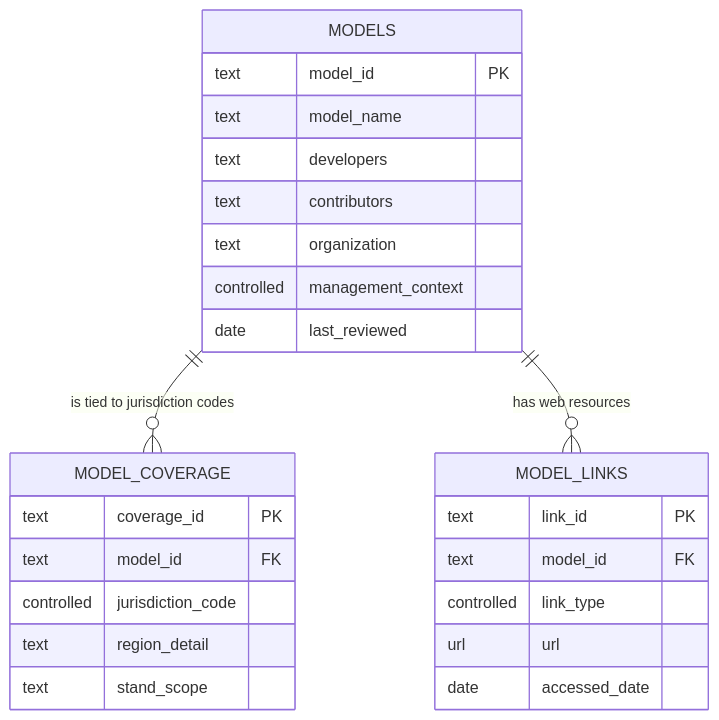
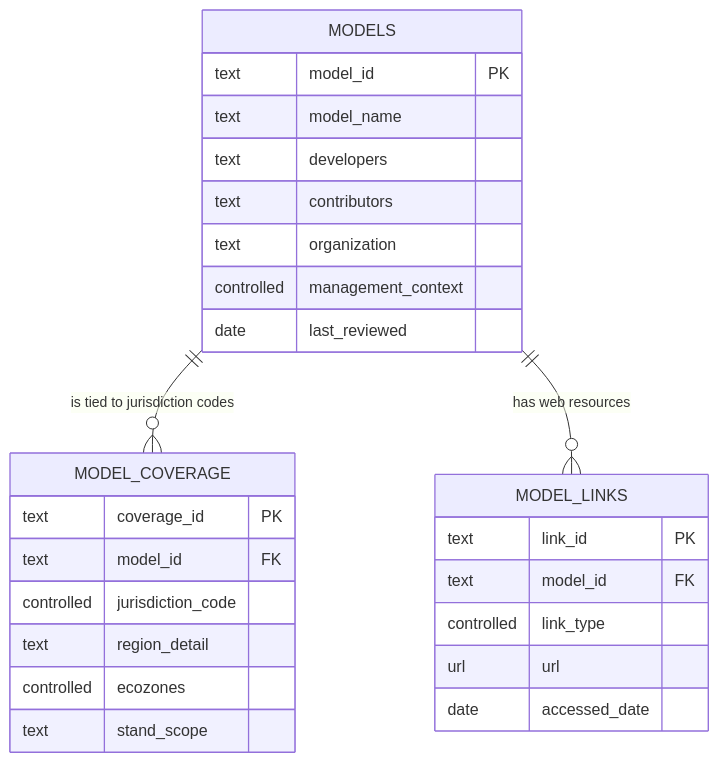
Before and after one commit to forest-carbon-tools-dfs/CanGrowthModels: the first of 2 diagrams in docs/pipeline-and-workflow.md, drawn with Mermaid. The commit also changed other lines of this file and 25 other files, not shown here.

````diff
--- a/docs/pipeline-and-workflow.md
+++ b/docs/pipeline-and-workflow.md
@@ -46,29 +47,30 @@
 ```mermaid
 erDiagram
     MODELS ||--o{ MODEL_COVERAGE : "is tied to jurisdiction codes"
     MODELS ||--o{ MODEL_LINKS : "has web resources"
 
     MODELS {
         text model_id PK
         text model_name
         text developers
         text contributors
         text organization
         controlled management_context
         date last_reviewed
     }
     MODEL_COVERAGE {
         text coverage_id PK
         text model_id FK
         controlled jurisdiction_code
         text region_detail
+        controlled ecozones
         text stand_scope
     }
     MODEL_LINKS {
         text link_id PK
         text model_id FK
         controlled link_type
         url url
         date accessed_date
     }
 ```
````
